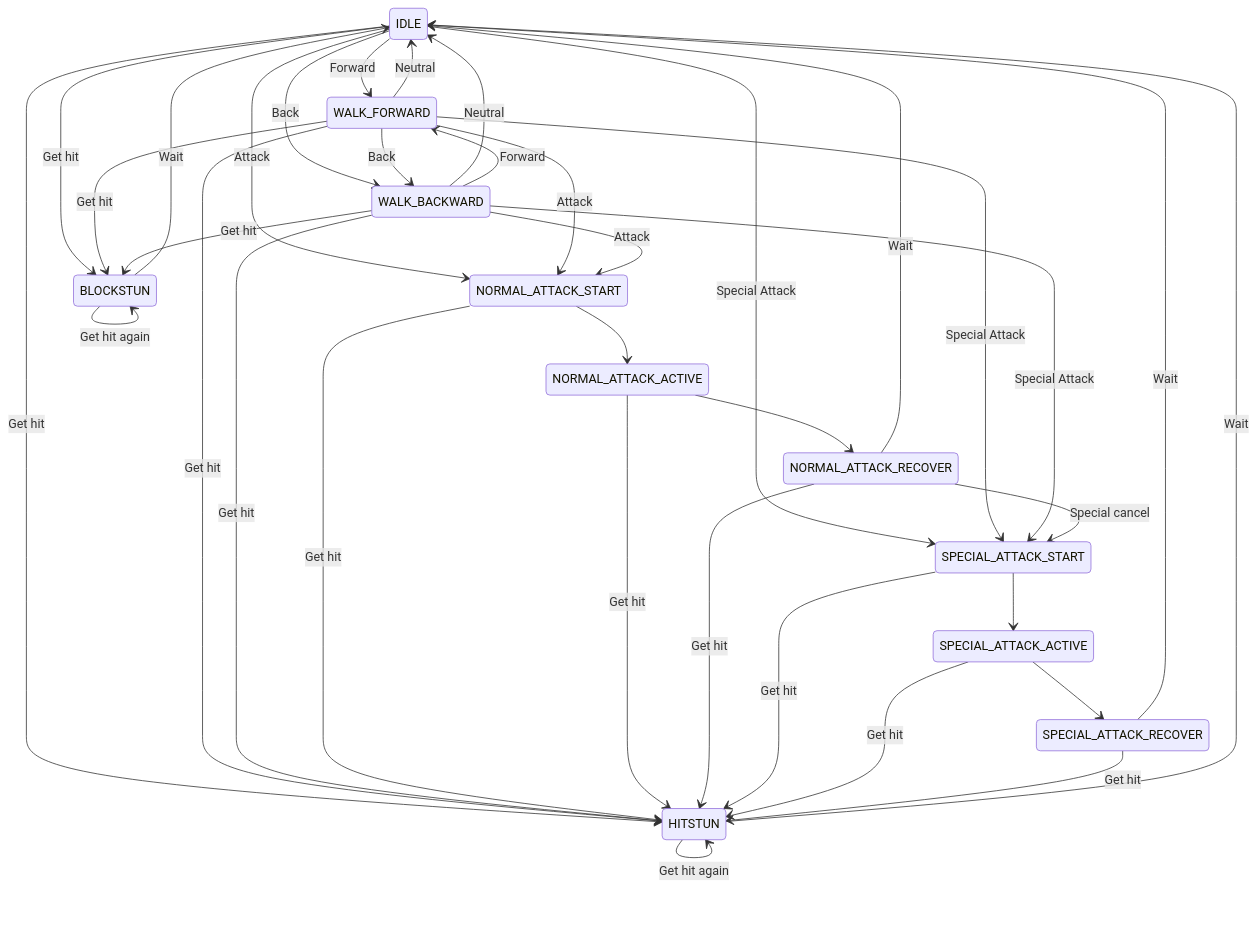
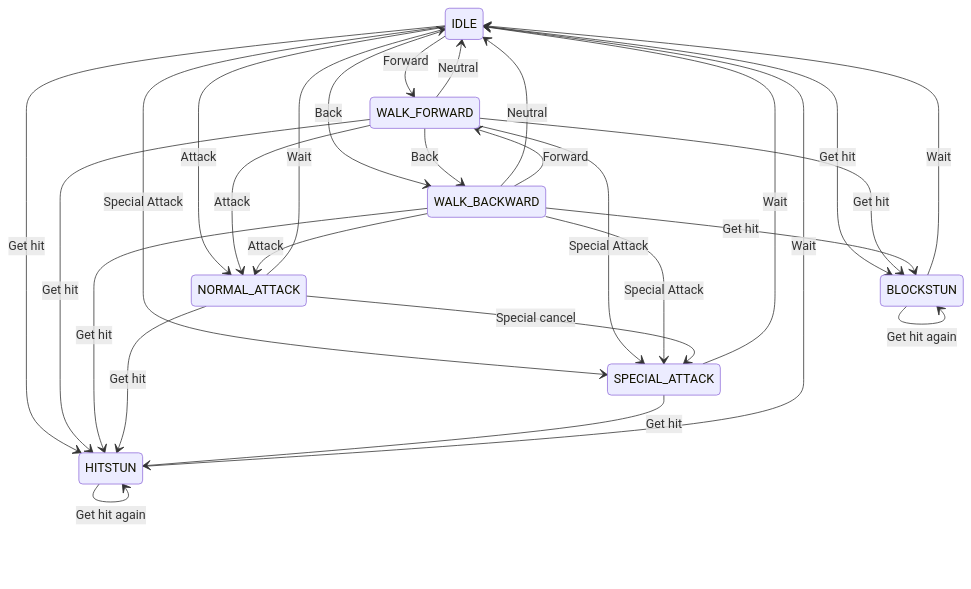
The diagram in app/src/game/actions.md (hissalht/jabjbab), drawn with Mermaid before and after one commit. The commit also changed other lines of this file and 6 other files, not shown here.

````diff
--- a/app/src/game/actions.md
+++ b/app/src/game/actions.md
@@ -13,48 +13,36 @@
 ```mermaid
 stateDiagram-v2
   IDLE --> WALK_FORWARD: Forward
   IDLE --> WALK_BACKWARD: Back
-  IDLE --> NORMAL_ATTACK_START: Attack
-  IDLE --> SPECIAL_ATTACK_START: Special Attack
+  IDLE --> NORMAL_ATTACK: Attack
+  IDLE --> SPECIAL_ATTACK: Special Attack
   IDLE --> HITSTUN: Get hit
   IDLE --> BLOCKSTUN: Get hit
 
   WALK_FORWARD --> IDLE: Neutral
   WALK_FORWARD --> WALK_BACKWARD: Back
-  WALK_FORWARD --> NORMAL_ATTACK_START: Attack
-  WALK_FORWARD --> SPECIAL_ATTACK_START: Special Attack
+  WALK_FORWARD --> NORMAL_ATTACK: Attack
+  WALK_FORWARD --> SPECIAL_ATTACK: Special Attack
   WALK_FORWARD --> HITSTUN: Get hit
   WALK_FORWARD --> BLOCKSTUN: Get hit
 
   WALK_BACKWARD --> IDLE: Neutral
   WALK_BACKWARD --> WALK_FORWARD: Forward
-  WALK_BACKWARD --> NORMAL_ATTACK_START: Attack
-  WALK_BACKWARD --> SPECIAL_ATTACK_START: Special Attack
+  WALK_BACKWARD --> NORMAL_ATTACK: Attack
+  WALK_BACKWARD --> SPECIAL_ATTACK: Special Attack
   WALK_BACKWARD --> HITSTUN: Get hit
   WALK_BACKWARD --> BLOCKSTUN: Get hit
 
-  NORMAL_ATTACK_START --> NORMAL_ATTACK_ACTIVE
-  NORMAL_ATTACK_START --> HITSTUN: Get hit
+  NORMAL_ATTACK --> HITSTUN: Get hit
+  NORMAL_ATTACK --> SPECIAL_ATTACK: Special cancel
+  NORMAL_ATTACK --> IDLE: Wait
 
-  NORMAL_ATTACK_ACTIVE --> NORMAL_ATTACK_RECOVER
-  NORMAL_ATTACK_ACTIVE --> HITSTUN: Get hit
-
-  NORMAL_ATTACK_RECOVER --> IDLE: Wait
-  NORMAL_ATTACK_RECOVER --> HITSTUN: Get hit
-  NORMAL_ATTACK_RECOVER --> SPECIAL_ATTACK_START: Special cancel
-
-  SPECIAL_ATTACK_START --> SPECIAL_ATTACK_ACTIVE
-  SPECIAL_ATTACK_START --> HITSTUN: Get hit
-
-  SPECIAL_ATTACK_ACTIVE --> SPECIAL_ATTACK_RECOVER
-  SPECIAL_ATTACK_ACTIVE --> HITSTUN: Get hit
-
-  SPECIAL_ATTACK_RECOVER --> IDLE: Wait
-  SPECIAL_ATTACK_RECOVER --> HITSTUN: Get hit
+  SPECIAL_ATTACK --> HITSTUN: Get hit
+  SPECIAL_ATTACK --> IDLE: Wait
 
   HITSTUN --> IDLE: Wait
   HITSTUN --> HITSTUN: Get hit again
 
   BLOCKSTUN --> IDLE: Wait
   BLOCKSTUN --> BLOCKSTUN: Get hit again
 ```
````
